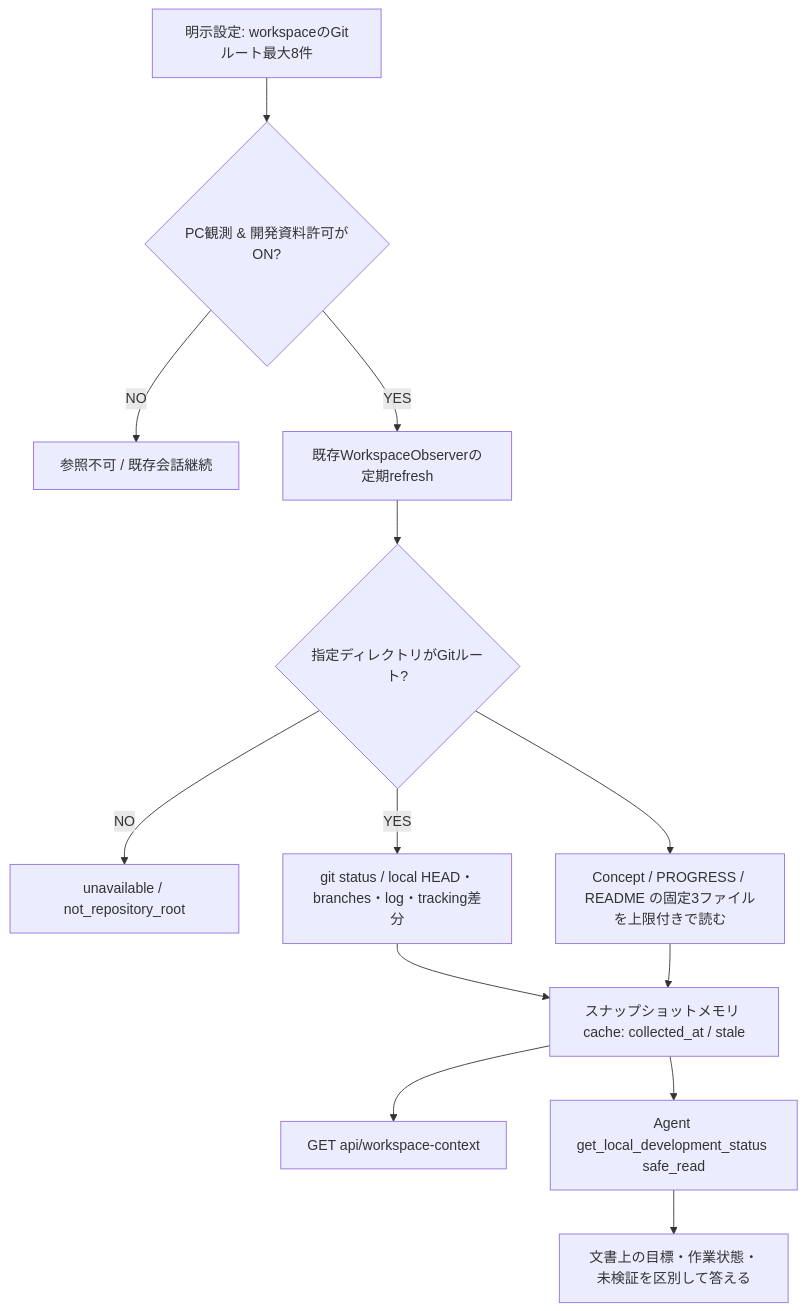
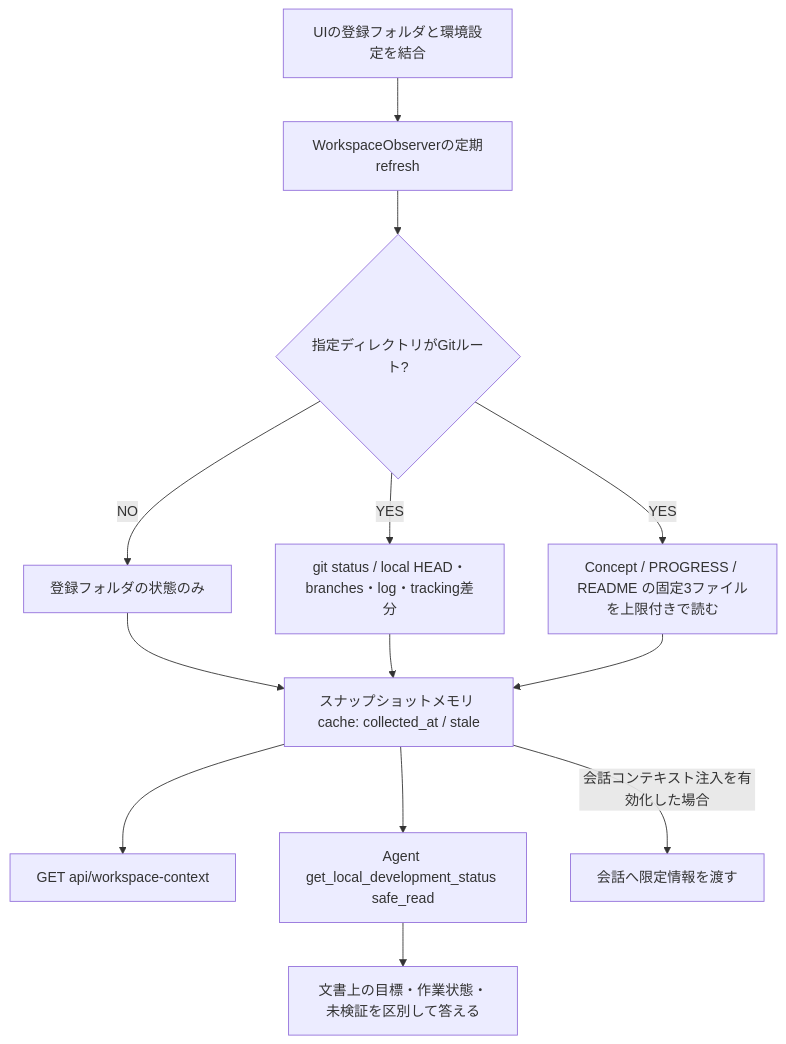
One commit to Soso2e/PETIT changed diagram 25 of 39 in docs/runtime-flows.md. Above: the diagram before and after it, drawn with Mermaid. The commit also changed other lines of this file and 57 other files, not shown here.

````diff
--- a/docs/runtime-flows.md
+++ b/docs/runtime-flows.md
@@ -548,15 +585,15 @@
 ```mermaid
 flowchart TD
-    settings[明示設定: workspaceのGitルート最大8件] --> opt{PC観測 & 開発資料許可がON?}
-    opt -->|NO| disabled[参照不可 / 既存会話継続]
-    opt -->|YES| observer[既存WorkspaceObserverの定期refresh]
+    settings[UIの登録フォルダと環境設定を結合] --> observer[WorkspaceObserverの定期refresh]
     observer --> root{指定ディレクトリがGitルート?}
-    root -->|NO| unavailable[unavailable / not_repository_root]
+    root -->|NO| folder[登録フォルダの状態のみ]
     root -->|YES| git[git status / local HEAD・branches・log・tracking差分]
-    root --> docs[Concept / PROGRESS / README の固定3ファイルを上限付きで読む]
+    root -->|YES| docs[Concept / PROGRESS / README の固定3ファイルを上限付きで読む]
+    folder --> cache
     git --> cache[スナップショットメモリ cache: collected_at / stale]
     docs --> cache
     cache --> api[GET api/workspace-context]
     cache --> tool[Agent get_local_development_status safe_read]
+    cache -->|会話コンテキスト注入を有効化した場合| Context[会話へ限定情報を渡す]
     tool --> response[文書上の目標・作業状態・未検証を区別して答える]
 ```
````
